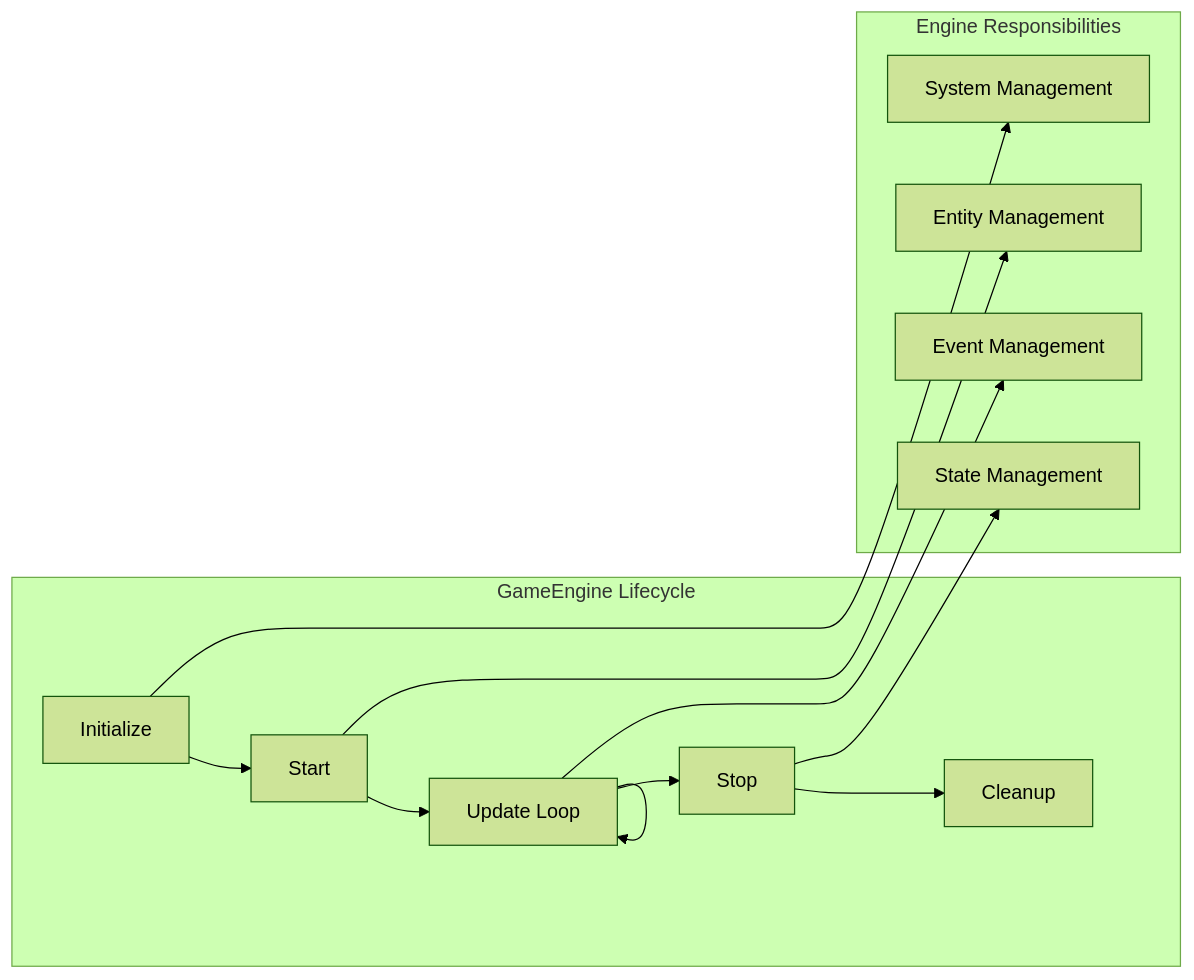
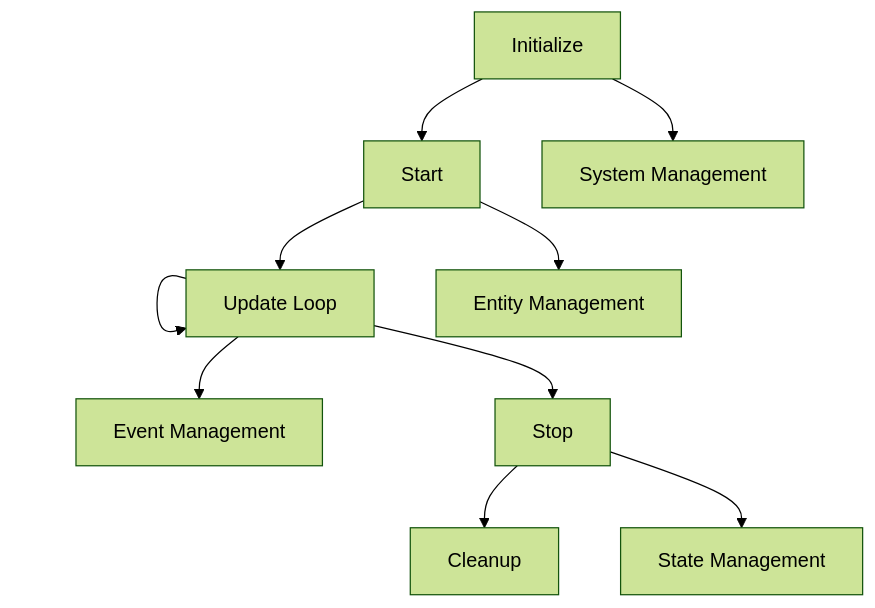
One commit to NowakAydm/GameBoilerplate changed the second of 7 diagrams in docs/ENGINE_ARCHITECTURE.md. Above: the diagram before and after it, drawn with Mermaid (forest theme). The commit also changed other lines of this file and 1 other file, not shown here.

````diff
--- a/docs/ENGINE_ARCHITECTURE.md
+++ b/docs/ENGINE_ARCHITECTURE.md
@@ -61,22 +47,23 @@
 ```mermaid
-graph LR
-    subgraph "GameEngine Lifecycle"
-        Init[Initialize] --> Start[Start]
-        Start --> Update[Update Loop]
-        Update --> Update
-        Update --> Stop[Stop]
-        Stop --> Cleanup[Cleanup]
-    end
-    
-    subgraph "Engine Responsibilities"
-        SystemMgmt[System Management]
-        EntityMgmt[Entity Management]
-        EventMgmt[Event Management]
-        StateMgmt[State Management]
-    end
-    
+graph TD
+    Init[Initialize]
+    Start[Start]
+    Update[Update Loop]
+    Stop[Stop]
+    Cleanup[Cleanup]
+    SystemMgmt[System Management]
+    EntityMgmt[Entity Management]
+    EventMgmt[Event Management]
+    StateMgmt[State Management]
+
+    Init --> Start
+    Start --> Update
+    Update --> Update
+    Update --> Stop
+    Stop --> Cleanup
+
     Init --> SystemMgmt
     Start --> EntityMgmt
     Update --> EventMgmt
     Stop --> StateMgmt
 ```
````
